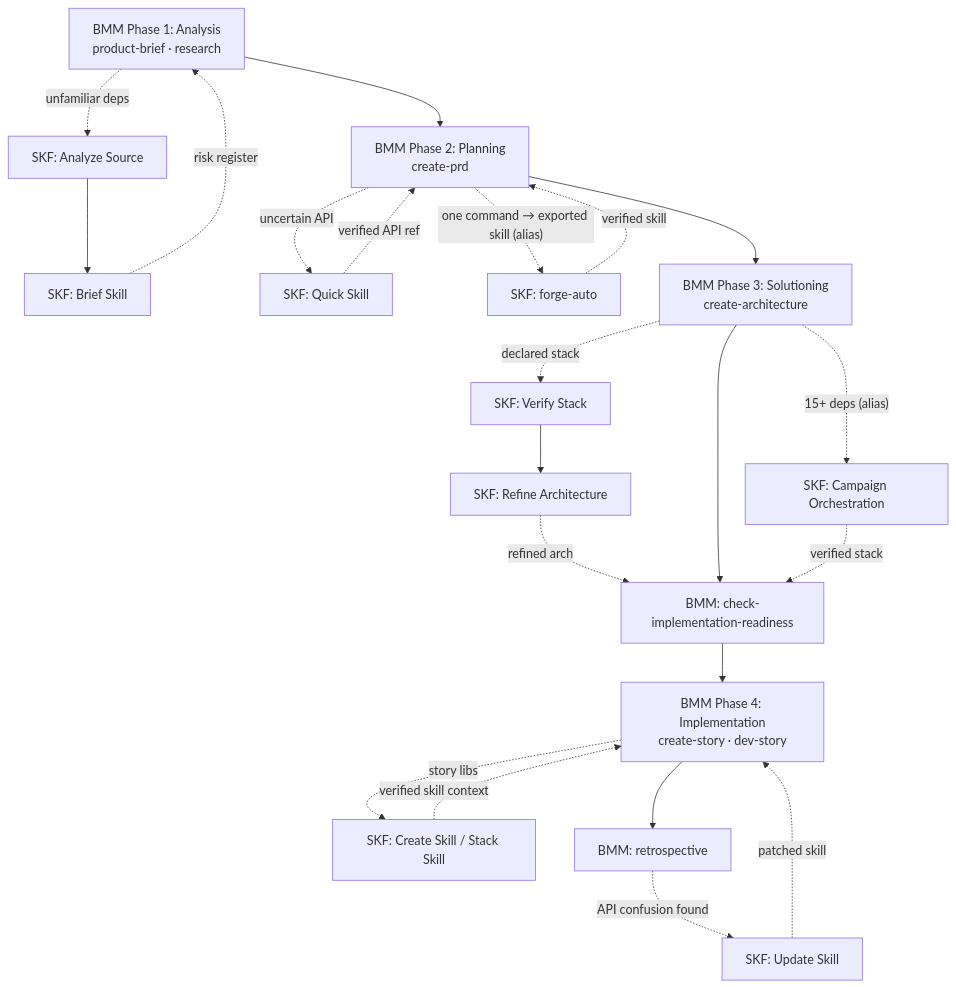
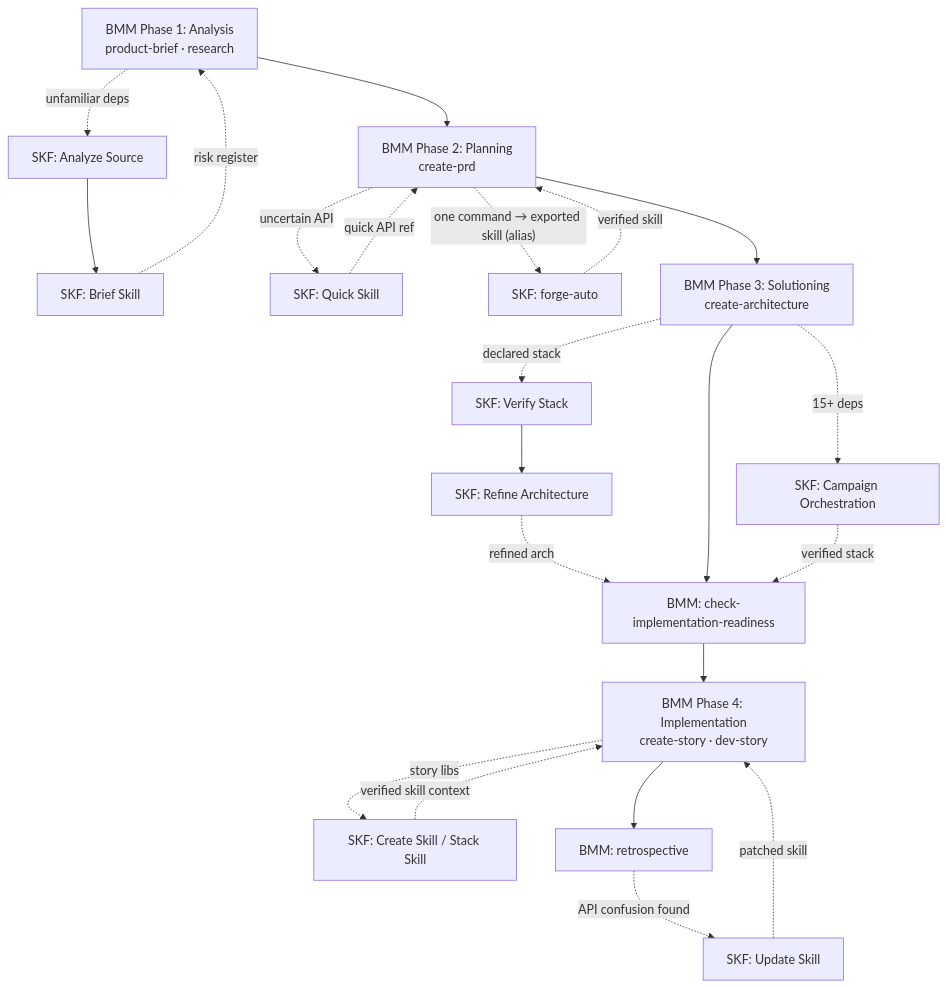
Before and after one commit to armelhbobdad/bmad-module-skill-forge: the first of 3 diagrams in docs/bmad-synergy.md, drawn with Mermaid. The commit also changed other lines of this file and 27 other files, not shown here.

````diff
--- a/docs/bmad-synergy.md
+++ b/docs/bmad-synergy.md
@@ -50,28 +50,28 @@
 ```mermaid
 flowchart TD
     P1[BMM Phase 1: Analysis<br/>product-brief · research] -.->|unfamiliar deps| AN[SKF: Analyze Source]
     AN --> BS[SKF: Brief Skill]
     BS -.->|risk register| P1
 
     P1 --> P2[BMM Phase 2: Planning<br/>create-prd]
     P2 -.->|uncertain API| QS[SKF: Quick Skill]
-    QS -.->|verified API ref| P2
+    QS -.->|quick API ref| P2
     P2 -.->|"one command → exported skill (alias)"| DW[SKF: forge-auto]
     DW -.->|verified skill| P2
 
     P2 --> P3[BMM Phase 3: Solutioning<br/>create-architecture]
     P3 -.->|declared stack| VS[SKF: Verify Stack]
     VS --> RA[SKF: Refine Architecture]
     RA -.->|refined arch| P3b[BMM: check-implementation-readiness]
     P3 --> P3b
-    P3 -.->|"15+ deps (alias)"| CAMP[SKF: Campaign Orchestration]
+    P3 -.->|15+ deps| CAMP[SKF: Campaign Orchestration]
     CAMP -.->|verified stack| P3b
 
     P3b --> P4[BMM Phase 4: Implementation<br/>create-story · dev-story]
     P4 -.->|story libs| CS[SKF: Create Skill / Stack Skill]
     CS -.->|verified skill context| P4
 
     P4 --> RETRO[BMM: retrospective]
     RETRO -.->|API confusion found| US[SKF: Update Skill]
     US -.->|patched skill| P4
 ```
````
